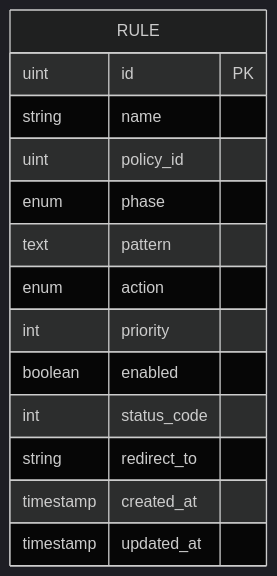
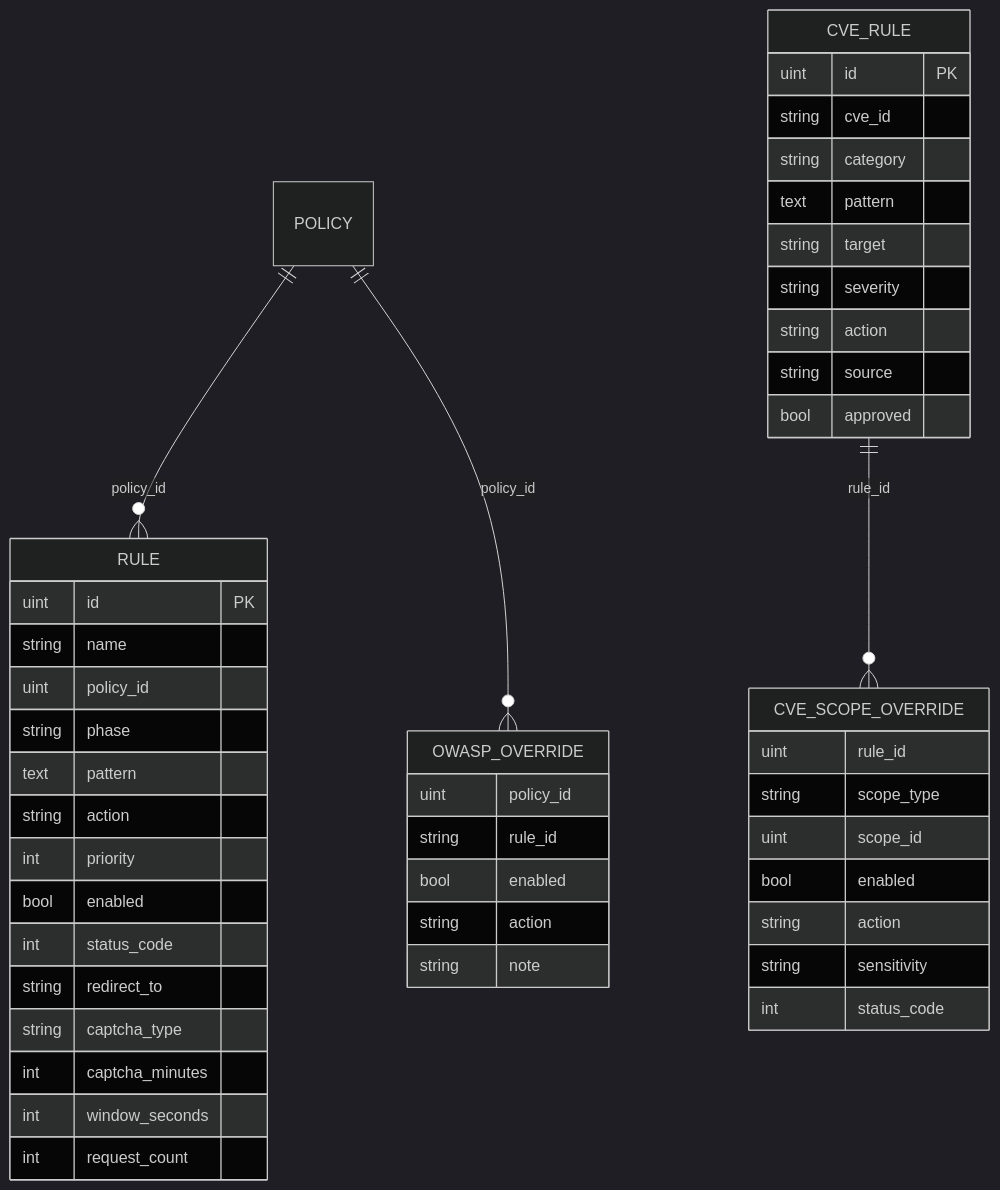
Before and after one commit to x01n/My-OpenWaf: the fifth of 7 diagrams in docs/管理 API 系统/规则管理 API/规则导入导出.md, drawn with Mermaid (dark theme). The commit also changed other lines of this file and 622 other files, not shown here.

````diff
--- a/docs/管理 API 系统/规则管理 API/规则导入导出.md
+++ b/docs/管理 API 系统/规则管理 API/规则导入导出.md
@@ -305,17 +474,49 @@
 ```mermaid
 erDiagram
+POLICY ||--o{ RULE : "policy_id"
 RULE {
 uint id PK
 string name
 uint policy_id
-enum phase
+string phase
 text pattern
-enum action
+string action
 int priority
-boolean enabled
+bool enabled
 int status_code
 string redirect_to
-timestamp created_at
-timestamp updated_at
+string captcha_type
+int captcha_minutes
+int window_seconds
+int request_count
+}
+CVE_RULE ||--o{ CVE_SCOPE_OVERRIDE : "rule_id"
+CVE_RULE {
+uint id PK
+string cve_id
+string category
+text pattern
+string target
+string severity
+string action
+string source
+bool approved
+}
+CVE_SCOPE_OVERRIDE {
+uint rule_id
+string scope_type
+uint scope_id
+bool enabled
+string action
+string sensitivity
+int status_code
+}
+POLICY ||--o{ OWASP_OVERRIDE : "policy_id"
+OWASP_OVERRIDE {
+uint policy_id
+string rule_id
+bool enabled
+string action
+string note
 }
 ```
````
